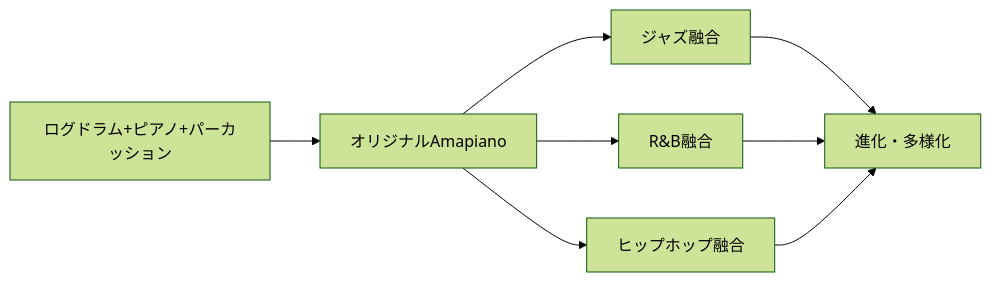
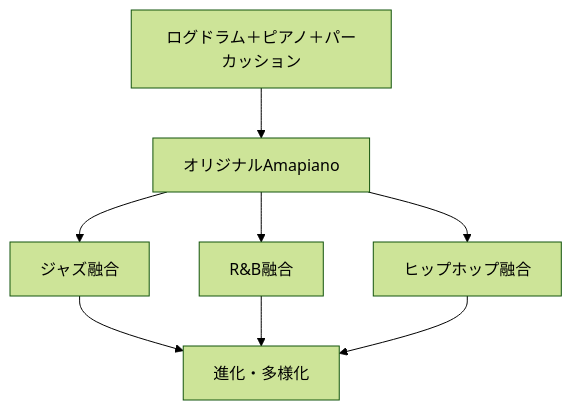
One commit to monumental-movement/monumental-movement.github.io changed the sixth of 8 diagrams in zh-hant/_posts/2025-11-30-column-south-african-amapiano.md. Above: the diagram before and after it, drawn with Mermaid (forest theme). The commit also changed other lines of this file and 477 other files, not shown here.

```diff
--- a/zh-hant/_posts/2025-11-30-column-south-african-amapiano.md
+++ b/zh-hant/_posts/2025-11-30-column-south-african-amapiano.md
@@ -247,8 +261,10 @@
 <div class="mermaid">
-graph LR
-    BASE[ログドラム+ピアノ+パーカッション] --> AM[オリジナルAmapiano]
-    AM --> JAZZ[ジャズ融合]
-    AM --> RNB[R&B融合]
-    AM --> HIP[ヒップホップ融合]
-    JAZZ & RNB & HIP --> EV[進化・多様化]
+graph TD
+    A["ログドラム＋ピアノ＋パーカッション"] --> B["オリジナルAmapiano"]
+    B --> C["ジャズ融合"]
+    B --> D["R&B融合"]
+    B --> E["ヒップホップ融合"]
+    C --> F["進化・多様化"]
+    D --> F
+    E --> F
 </div>
```
